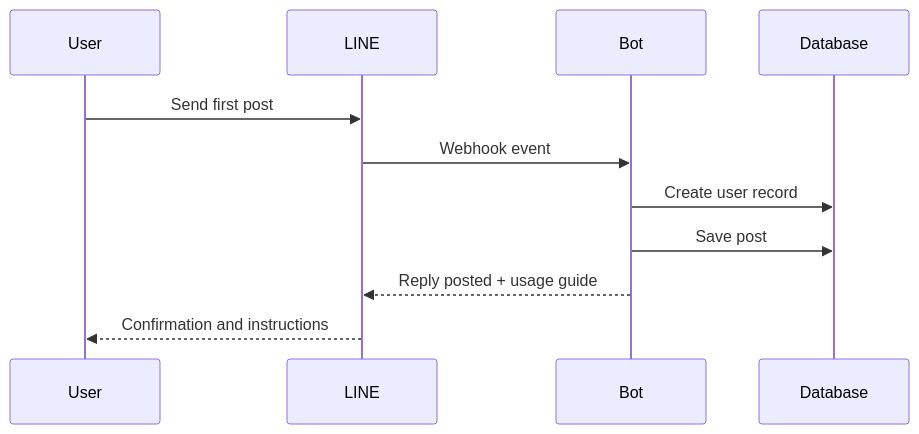
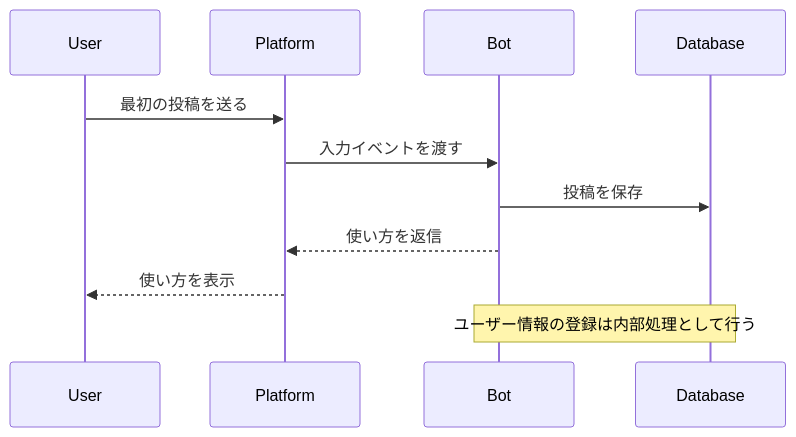
The second of 3 diagrams in docs/user-flow.md (Unjuno/bot_mini_sns), drawn with Mermaid before and after one commit. The commit also changed other lines of this file and 48 other files, not shown here.

Commit message:
Refactor project around Python core architecture

````diff
--- a/docs/user-flow.md
+++ b/docs/user-flow.md
@@ -38,14 +22,14 @@
 ```mermaid
 sequenceDiagram
     participant U as User
-    participant L as LINE
+    participant P as Platform
     participant B as Bot
     participant DB as Database
 
-    U->>L: Send first post
-    L->>B: Webhook event
-    B->>DB: Create user record
-    B->>DB: Save post
-    B-->>L: Reply posted + usage guide
-    L-->>U: Confirmation and instructions
+    U->>P: 最初の投稿を送る
+    P->>B: 入力イベントを渡す
+    B->>DB: 投稿を保存
+    B-->>P: 使い方を返信
+    P-->>U: 使い方を表示
+    Note over B,DB: ユーザー情報の登録は内部処理として行う
 ```
````
